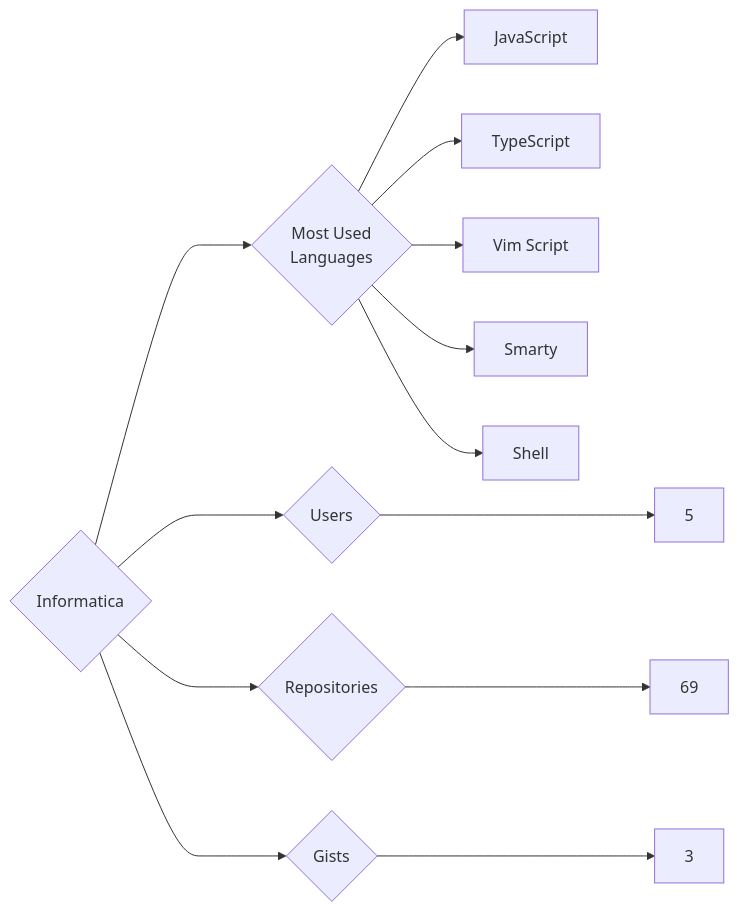
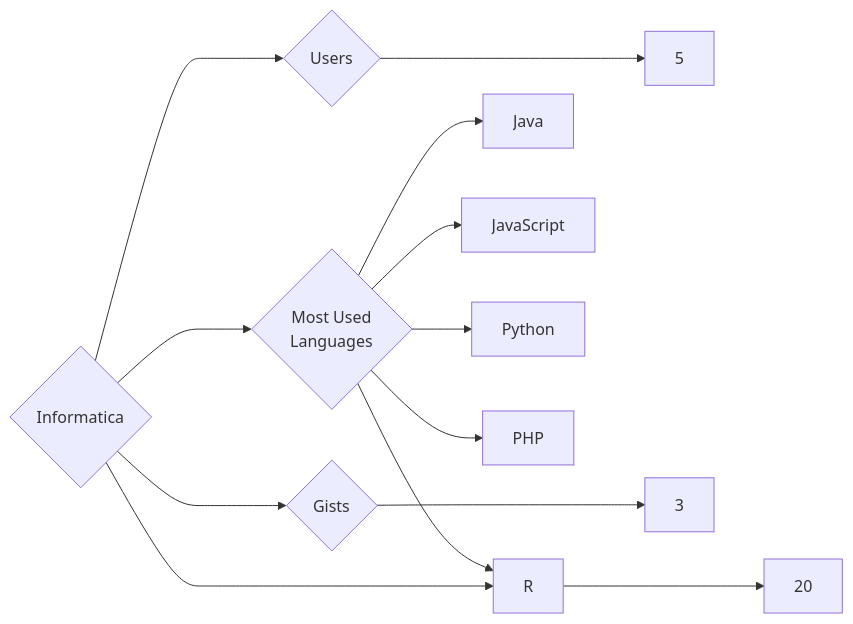
One commit to trickest/insiders changed the diagram in targets/Informatica/README.md. Above: the diagram before and after it, drawn with Mermaid. The commit also changed 776 other files, not shown here.

````diff
--- a/targets/Informatica/README.md
+++ b/targets/Informatica/README.md
@@ -3,13 +3,13 @@
 ```mermaid
 graph LR
 COMPANY_NAME{Informatica}
 COMPANY_NAME ---> U{Users} ---> UN[5]
-COMPANY_NAME ---> R{Repositories} ---> RN[69]
+COMPANY_NAME ---> R{Repositories} ---> RN[20]
 COMPANY_NAME ---> G{Gists} ---> GN[3]
 COMPANY_NAME ---> ML{Most Used<br>Languages}
+ML --> Java[Java]
 ML --> JavaScript[JavaScript]
-ML --> TypeScript[TypeScript]
-ML --> Vim_Script[Vim Script]
-ML --> Smarty[Smarty]
-ML --> Shell[Shell]
+ML --> R[R]
+ML --> Python[Python]
+ML --> PHP[PHP]
 ```
````
